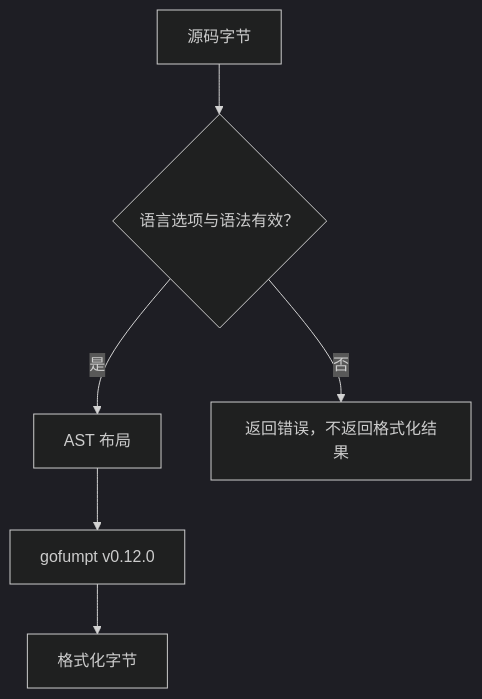
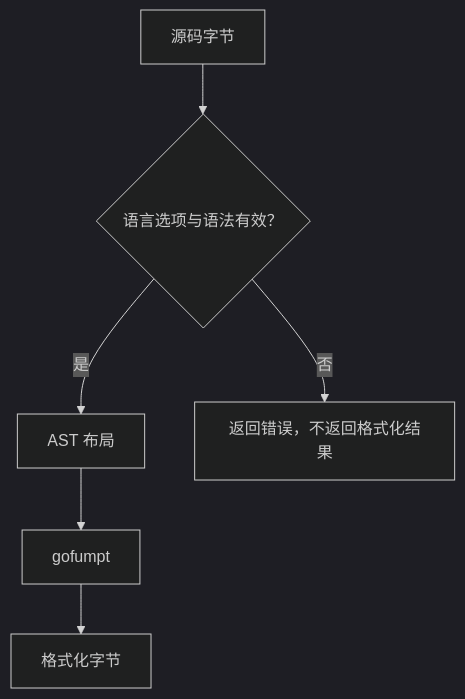
One commit to longxi-go/golayout changed the first of 4 diagrams in docs/design/docs/architecture.zh.md. Above: the diagram before and after it, drawn with Mermaid (dark theme). The commit also changed other lines of this file and 18 other files, not shown here.

````diff
--- a/docs/design/docs/architecture.zh.md
+++ b/docs/design/docs/architecture.zh.md
@@ -9,8 +7,8 @@
 ```mermaid
 flowchart TB
     S["源码字节"] --> V{"语言选项与语法有效？"}
     V -->|是| L["AST 布局"]
-    L --> G["gofumpt v0.12.0"]
+    L --> G["gofumpt"]
     G --> F["格式化字节"]
     V -->|否| E["返回错误，不返回格式化结果"]
 ```
````
